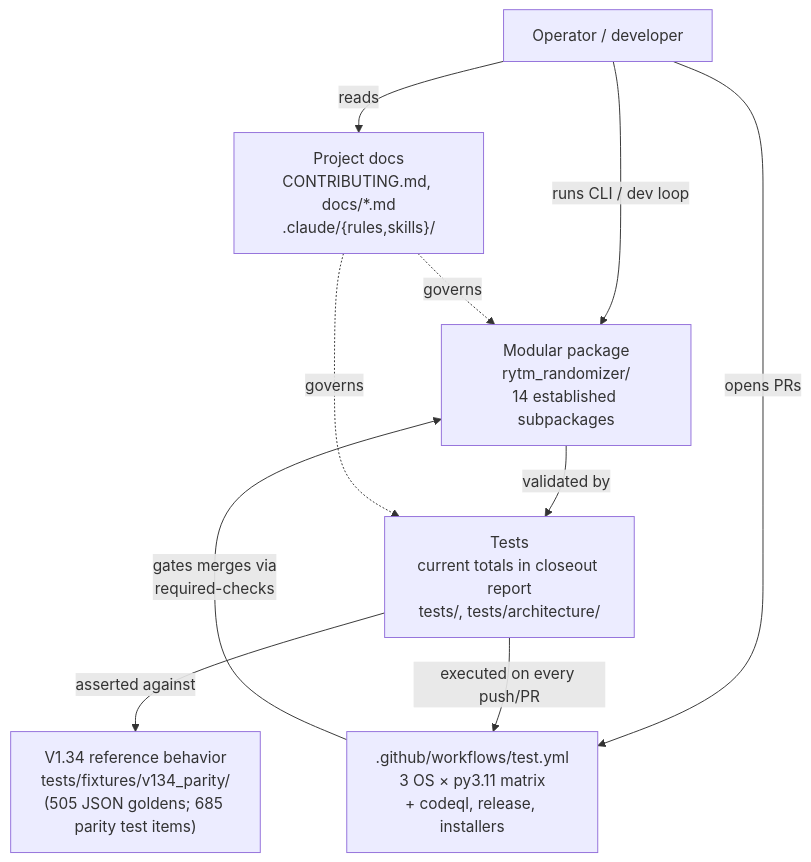
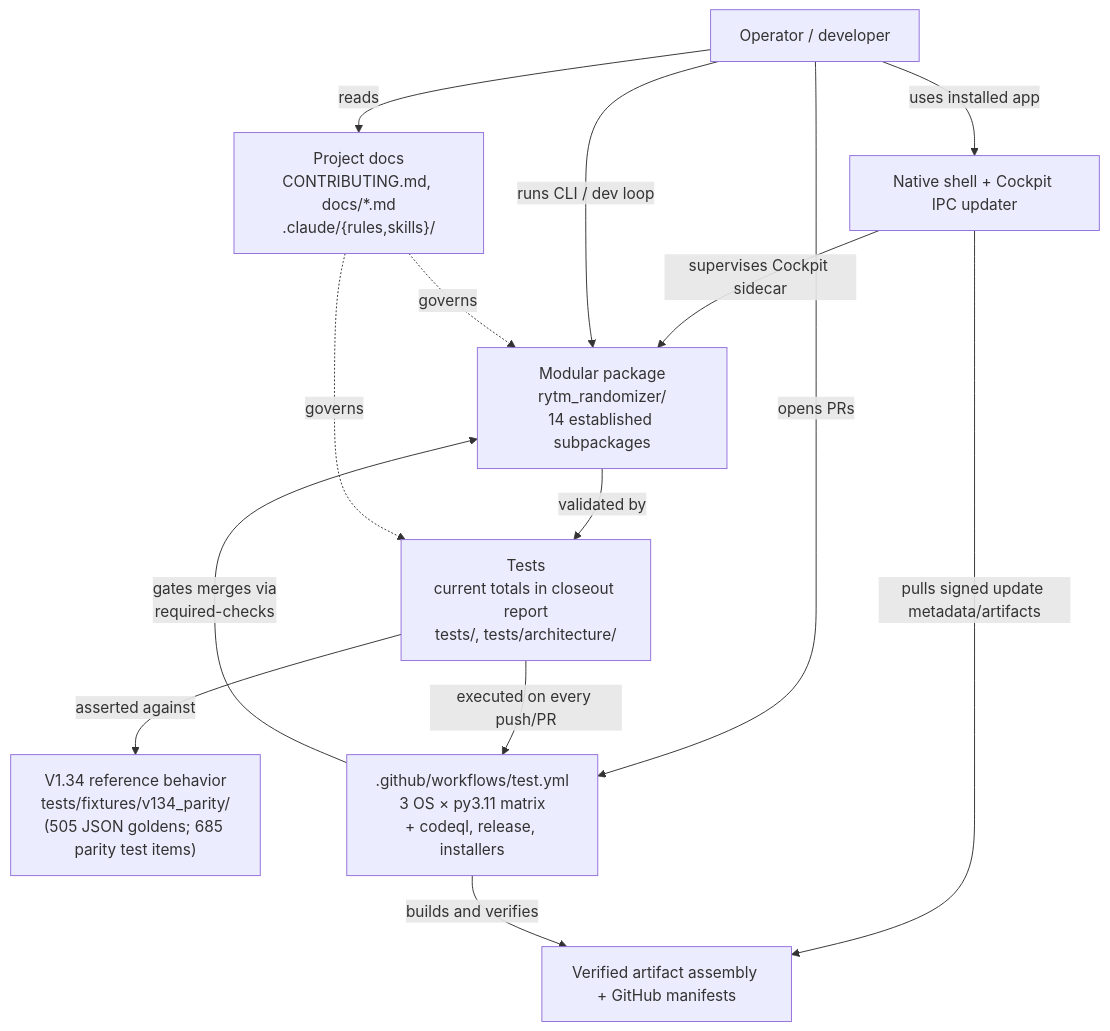
The first of 36 diagrams in docs/ARCHITECTURE_DIAGRAMS.md (buzzijose-hub/RytmRandomizer), drawn with Mermaid before and after one commit. The commit also changed other lines of this file and 52 other files, not shown here.

Commit message:
fix: complete native updater boundaries and diagnostic handoff

````diff
--- a/docs/ARCHITECTURE_DIAGRAMS.md
+++ b/docs/ARCHITECTURE_DIAGRAMS.md
@@ -54,22 +54,28 @@
 ```mermaid
 flowchart TB
     User["Operator / developer"]
     V134["V1.34 reference behavior<br/>tests/fixtures/v134_parity/<br/>(505 JSON goldens; 685 parity test items)"]
     Package["Modular package<br/>rytm_randomizer/<br/>14 established subpackages"]
     Tests["Tests<br/>current totals in closeout report<br/>tests/, tests/architecture/"]
     CI[".github/workflows/test.yml<br/>3 OS × py3.11 matrix<br/>+ codeql, release, installers"]
     Docs["Project docs<br/>CONTRIBUTING.md, docs/*.md<br/>.claude/{rules,skills}/"]
 
+    Desktop["Native shell + Cockpit IPC updater"]
+    Releases["Verified artifact assembly + GitHub manifests"]
+    User -->|"uses installed app"| Desktop
+    Desktop -->|"supervises Cockpit sidecar"| Package
+    Desktop -->|"pulls signed update metadata/artifacts"| Releases
+    CI -->|"builds and verifies"| Releases
     User -->|"runs CLI / dev loop"| Package
     User -->|"opens PRs"| CI
     User -->|"reads"| Docs
 
     Package -->|"validated by"| Tests
     Tests -->|"asserted against"| V134
     Tests -->|"executed on every push/PR"| CI
 
     CI -->|"gates merges via<br/>required-checks"| Package
 
     Docs -.->|"governs"| Package
     Docs -.->|"governs"| Tests
 ```
````
